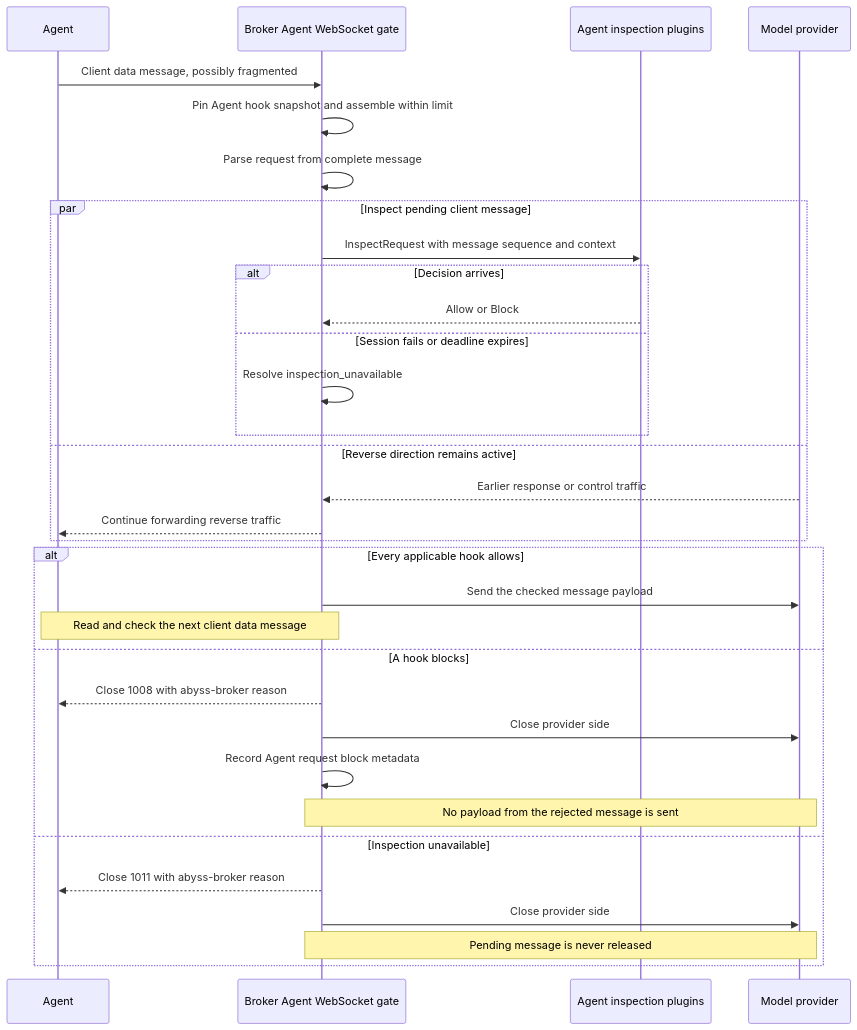
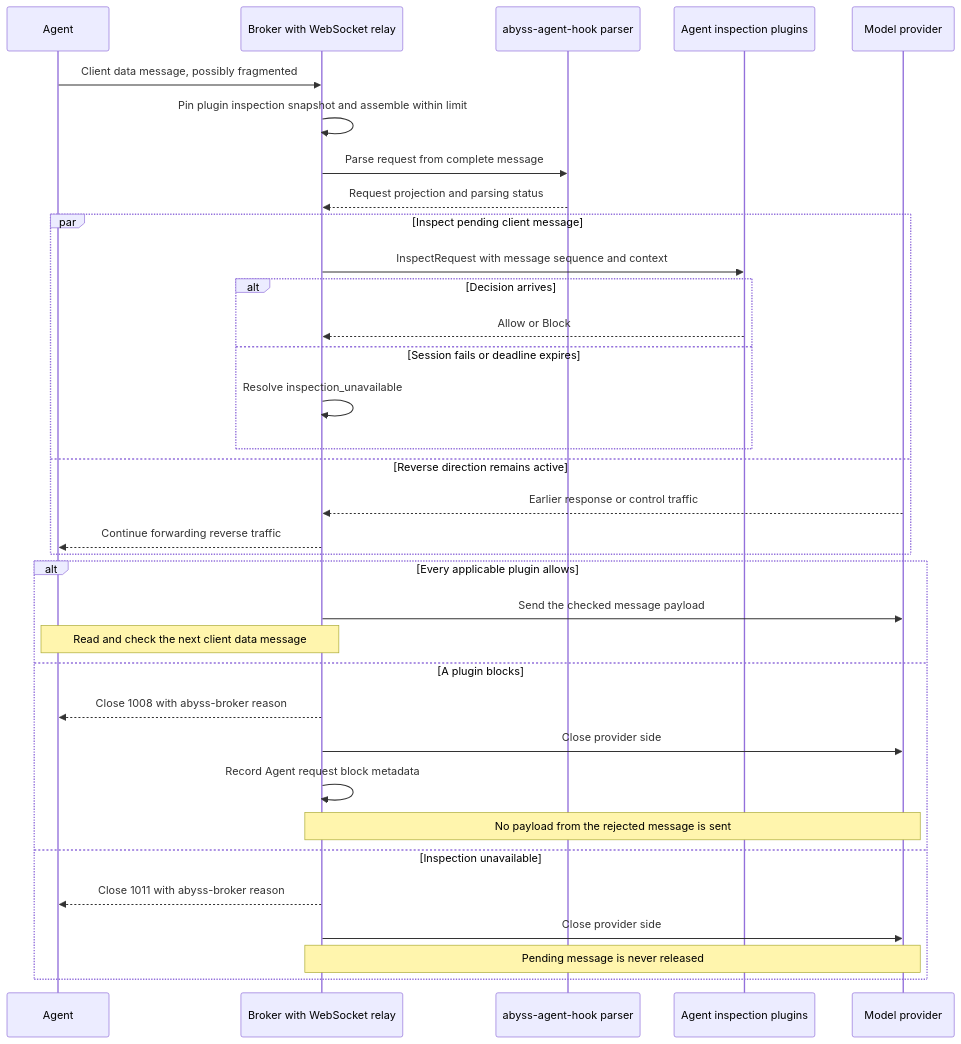
One commit to lexmount/abyss-rs changed the fourth of 4 diagrams in docs/request-blocking-design.md. Above: the diagram before and after it, drawn with Mermaid. The commit also changed other lines of this file, not shown here.

First line of the commit message:
docs: place Agent inspection in broker plugins

````diff
--- a/docs/request-blocking-design.md
+++ b/docs/request-blocking-design.md
@@ -409,34 +432,36 @@
 ```mermaid
 sequenceDiagram
     participant A as Agent
-    participant B as Broker Agent WebSocket gate
+    participant B as Broker with WebSocket relay
+    participant R as abyss-agent-hook parser
     participant H as Agent inspection plugins
     participant P as Model provider
     A->>B: Client data message, possibly fragmented
-    B->>B: Pin Agent hook snapshot and assemble within limit
-    B->>B: Parse request from complete message
+    B->>B: Pin plugin inspection snapshot and assemble within limit
+    B->>R: Parse request from complete message
+    R-->>B: Request projection and parsing status
     par Inspect pending client message
         B->>H: InspectRequest with message sequence and context
         alt Decision arrives
             H-->>B: Allow or Block
         else Session fails or deadline expires
             B->>B: Resolve inspection_unavailable
         end
     and Reverse direction remains active
         P-->>B: Earlier response or control traffic
         B-->>A: Continue forwarding reverse traffic
     end
-    alt Every applicable hook allows
+    alt Every applicable plugin allows
         B->>P: Send the checked message payload
         Note over A,B: Read and check the next client data message
-    else A hook blocks
+    else A plugin blocks
         B-->>A: Close 1008 with abyss-broker reason
         B->>P: Close provider side
         B->>B: Record Agent request block metadata
         Note over B,P: No payload from the rejected message is sent
     else Inspection unavailable
         B-->>A: Close 1011 with abyss-broker reason
         B->>P: Close provider side
         Note over B,P: Pending message is never released
     end
 ```
````
